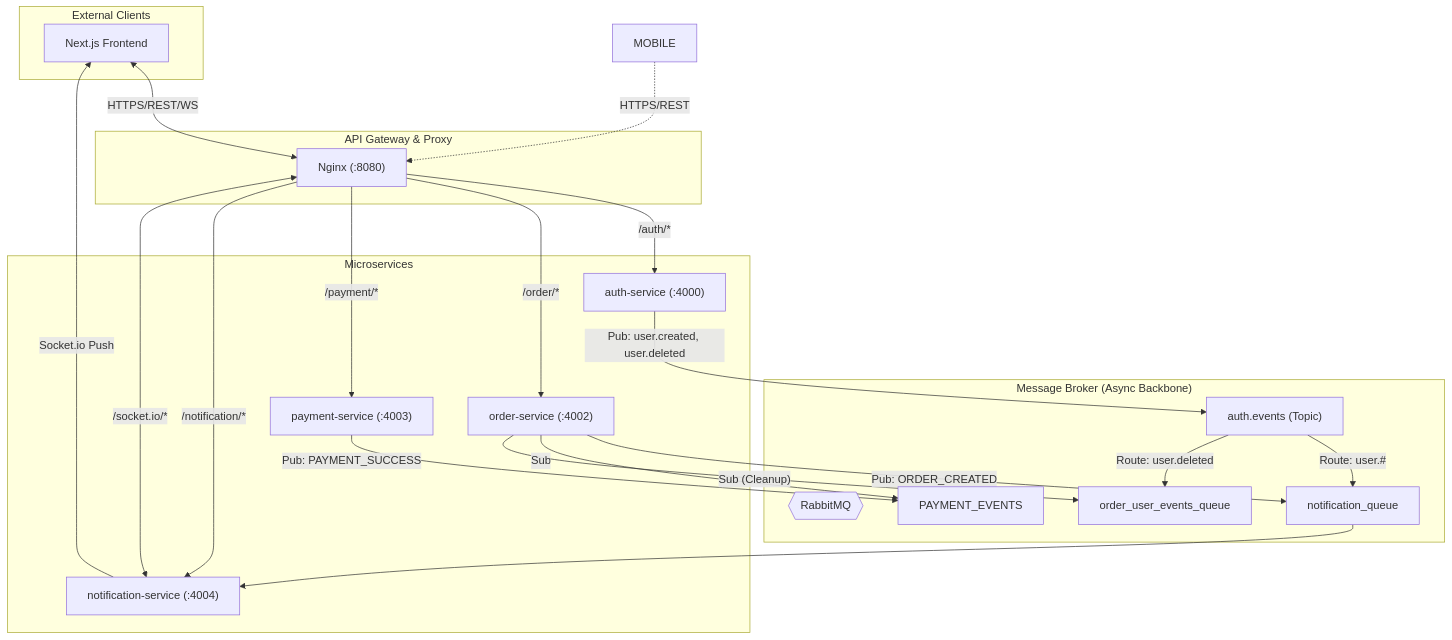
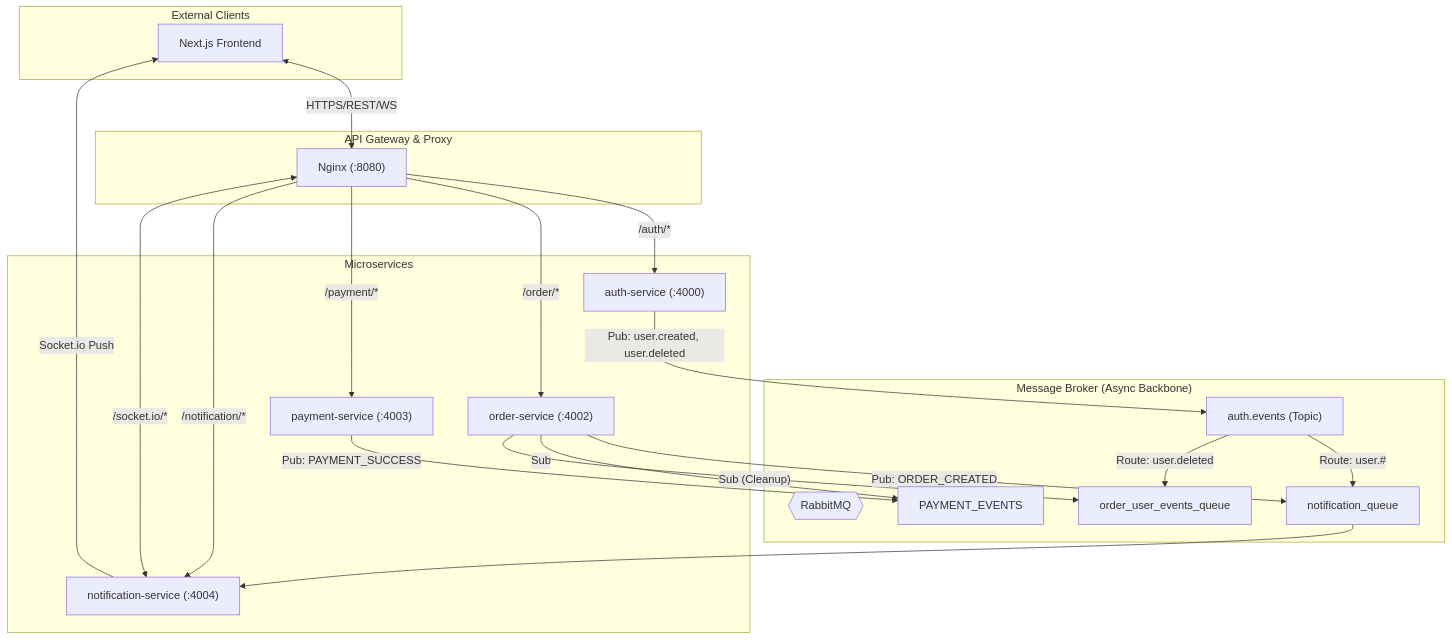
Before and after one commit to Food-Delivery-Aggregator/.github: the first of 21 diagrams in profile/README.md, drawn with Mermaid.

Commit message:
Remove mobile flow from README

````diff
--- a/profile/README.md
+++ b/profile/README.md
@@ -113,51 +113,50 @@
 ```mermaid
 flowchart TD
     subgraph "External Clients"
         FE[Next.js Frontend]
     end
 
     subgraph "API Gateway & Proxy"
         NGX["Nginx (:8080)"]
     end
 
     subgraph "Message Broker (Async Backbone)"
         RMQ{{"RabbitMQ"}}
         EX_AUTH["auth.events (Topic)"]
         Q_NOTIF["notification_queue"]
         Q_PAY["PAYMENT_EVENTS"]
         Q_ORDER_USER["order_user_events_queue"]
     end
 
     subgraph "Microservices"
         AUTH["auth-service (:4000)"]
         ORDER["order-service (:4002)"]
         PAY["payment-service (:4003)"]
         NOTIFY["notification-service (:4004)"]
     end
 
     %% Synchronous Flows (HTTP/WS)
     FE <-->|HTTPS/REST/WS| NGX
-    MOBILE -.->|HTTPS/REST| NGX
     
     NGX -->|/auth/*| AUTH
     NGX -->|/order/*| ORDER
     NGX -->|/payment/*| PAY
     NGX -->|/notification/*| NOTIFY
     NGX <-->|/socket.io/*| NOTIFY
 
     %% Asynchronous Flows (RabbitMQ)
     AUTH --"Pub: user.created, user.deleted"--> EX_AUTH
     EX_AUTH --"Route: user.#"--> Q_NOTIF
     EX_AUTH --"Route: user.deleted"--> Q_ORDER_USER
     
     ORDER --"Pub: ORDER_CREATED"--> Q_NOTIF
     ORDER --"Sub"--> Q_PAY
     ORDER --"Sub (Cleanup)"--> Q_ORDER_USER
 
     PAY --"Pub: PAYMENT_SUCCESS"--> Q_PAY
     
     Q_NOTIF --> NOTIFY
     
     %% Real-time Push
     NOTIFY --"Socket.io Push"--> FE
 ```
````
